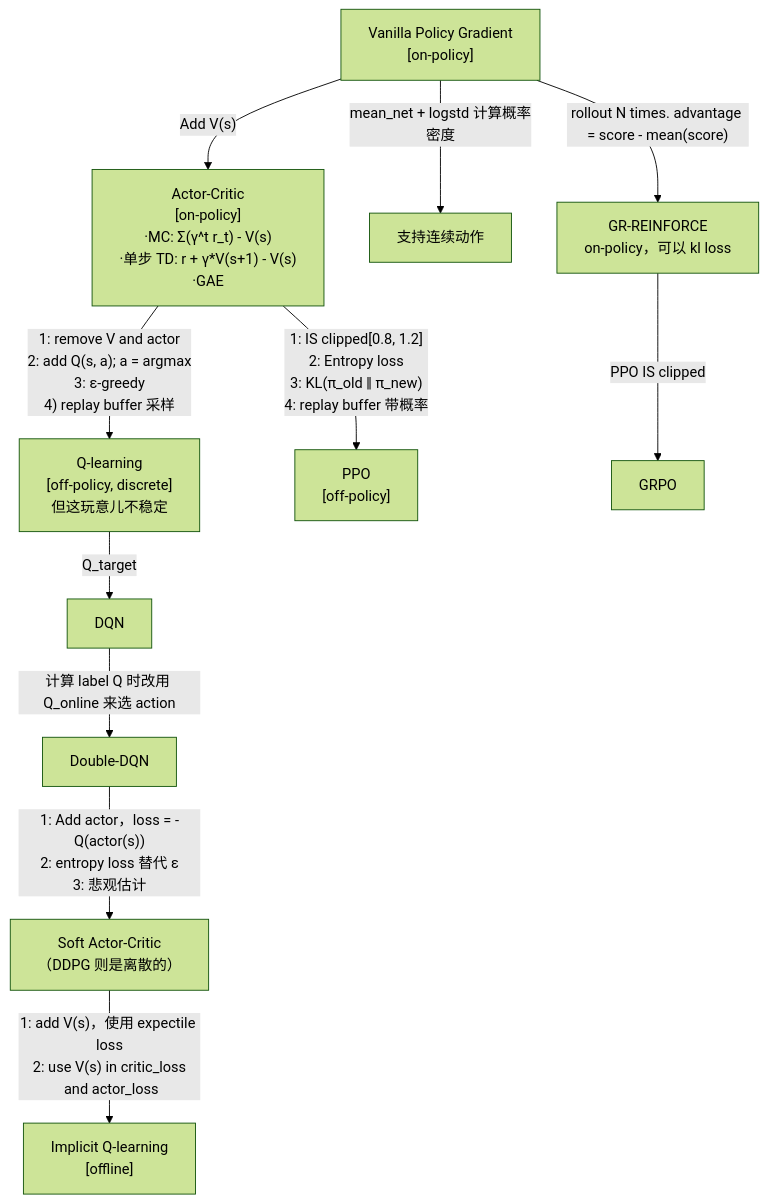
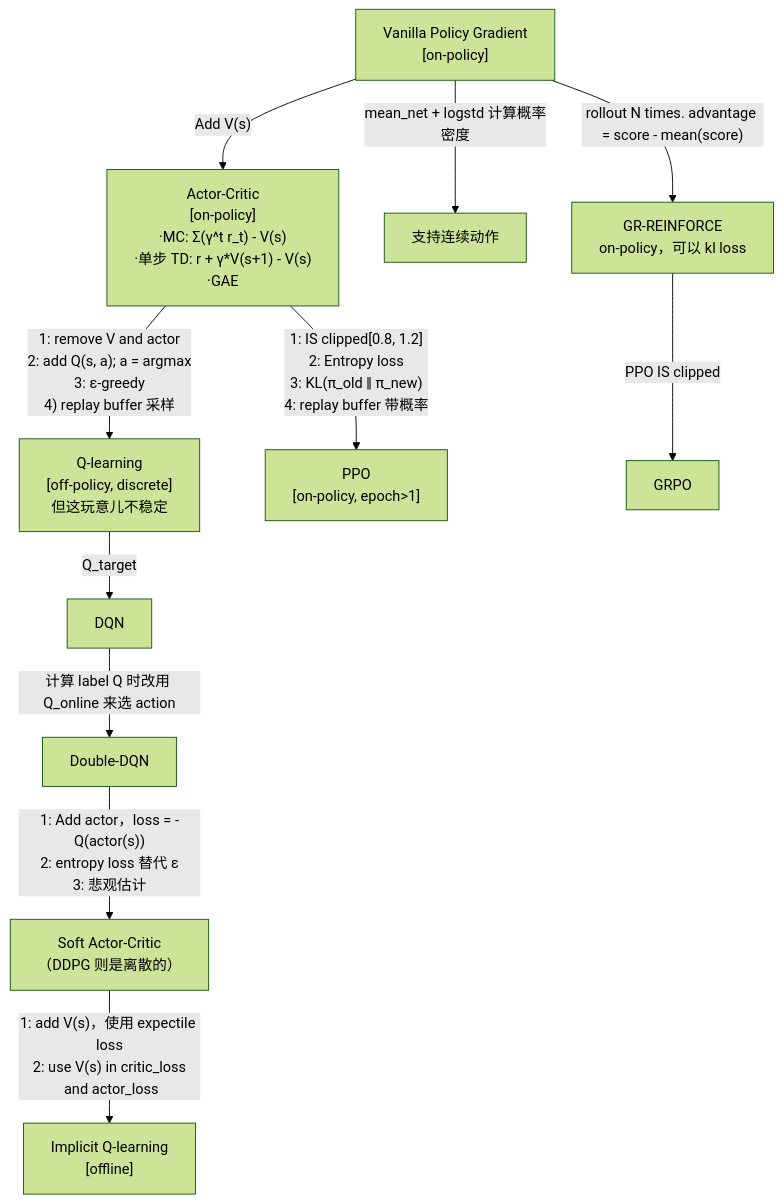
Before and after one commit to julyfun/how-to: the diagram in 技术学习/285/285-0.md, drawn with Mermaid (forest theme).

Commit message:
M 技术学习/285/285-0.md

````diff
--- a/技术学习/285/285-0.md
+++ b/技术学习/285/285-0.md
@@ -11,14 +11,14 @@
 ```mermaid
 flowchart TD
     PG["Vanilla Policy Gradient<br>[on-policy]"] -->|"Add V(s)"| AC
     AC["Actor-Critic<br>[on-policy]<br>·MC: Σ(γ^t r_t) - V(s)<br>·单步 TD: r + γ*V(s+1) - V(s)<br>·GAE"]
     PG -->|"mean_net + logstd 计算概率密度"| cont[支持连续动作]
     AC -->|"1: remove V and actor<br>2: add Q(s, a); a = argmax<br>3: ε-greedy<br>4) replay buffer 采样"| Q-learning["Q-learning<br>[off-policy, discrete]<br>但这玩意儿不稳定"]
     Q-learning -->|"Q_target"| DQN
     DQN -->|"计算 label Q 时改用 Q_online 来选 action"| Double-DQN
     Double-DQN -->|"1: Add actor，loss = -Q(actor(s))<br>2: entropy loss 替代 ε<br>3: 悲观估计"| SAC["Soft Actor-Critic<br>（DDPG 则是离散的）"]
     SAC -->|"1: add V(s)，使用 expectile loss<br>2: use V(s) in critic_loss<br> and actor_loss"| IQL["Implicit Q-learning<br>[offline]"]
-    AC -->|"1: IS clipped[0.8, 1.2]<br>2: Entropy loss<br>3: KL(π_old ‖ π_new)<br>4: replay buffer 带概率"| PPO["PPO<br>[off-policy]"]
+    AC -->|"1: IS clipped[0.8, 1.2]<br>2: Entropy loss<br>3: KL(π_old ‖ π_new)<br>4: replay buffer 带概率"| PPO["PPO<br>[on-policy, epoch>1]"]
     PG -->|"rollout N times. advantage = score - mean(score)"| GR["GR-REINFORCE<br>on-policy，可以 kl loss"]
     GR -->|"PPO IS clipped"| GRPO
 ```
````
